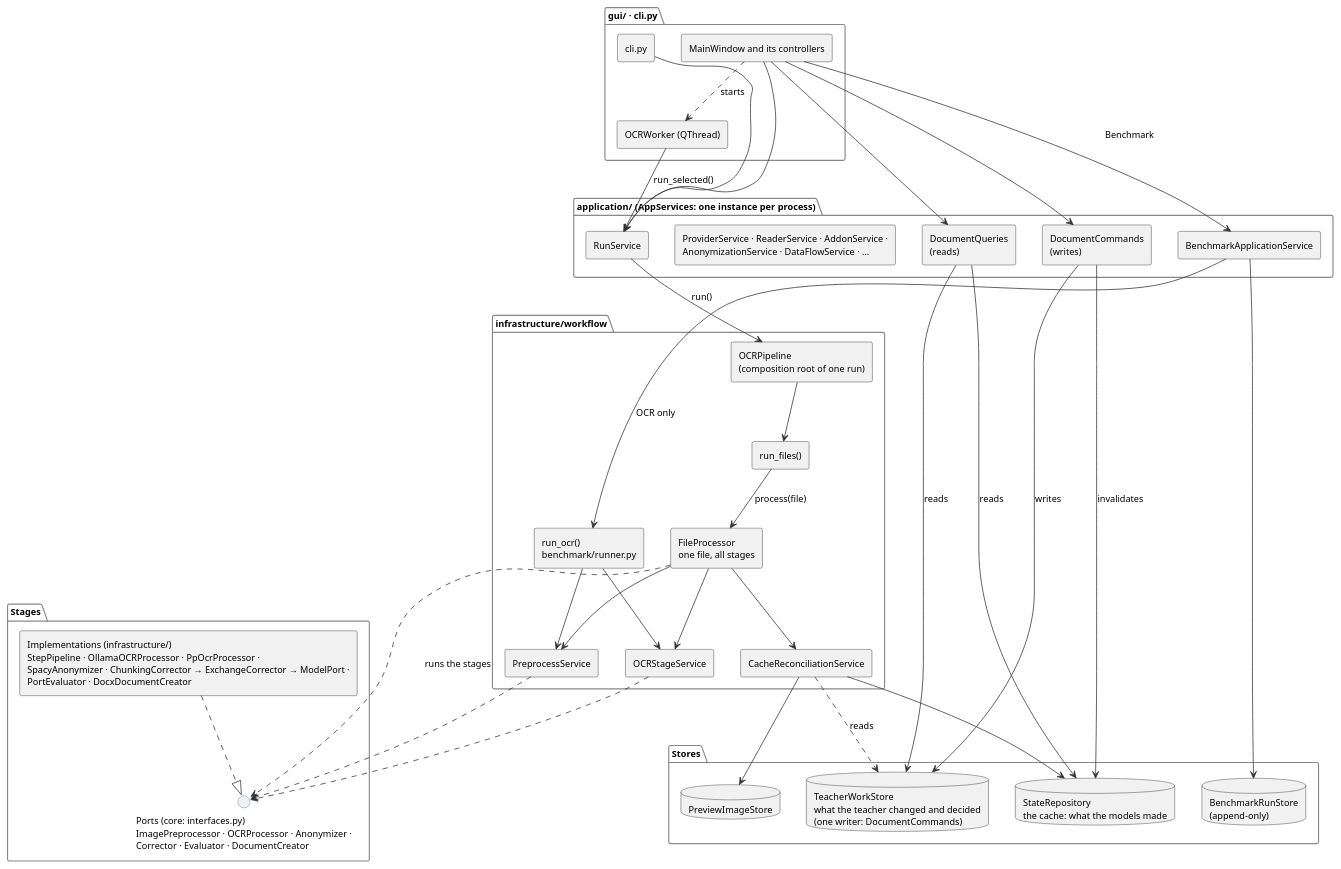
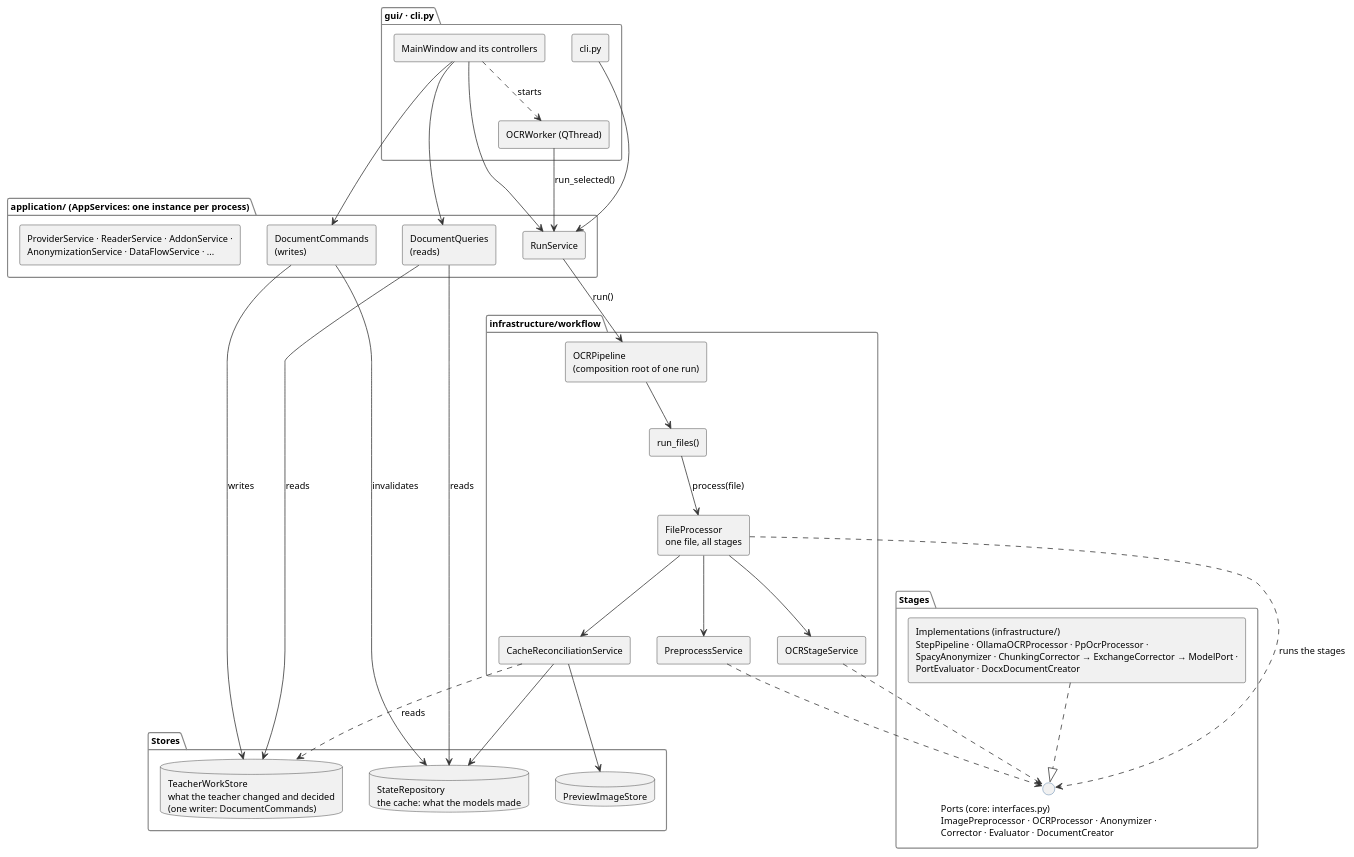
One commit to JoHoenk/teachers-teammate changed the diagram in docs/assets/runtime_components.puml. Above: the diagram before and after it, drawn with PlantUML. The commit also changed 173 other files, not shown here.

First line of the commit message:
[domain, app, infra, gui, texts, tests, docs, tool, packaging] Compare proofreading models on one text instead of the OCR Benchmark (#203)

```diff
--- a/docs/assets/runtime_components.puml
+++ b/docs/assets/runtime_components.puml
@@ -1,82 +1,71 @@
 @startuml Teacher's Teammate — What a run is made of
 top to bottom direction
 
 skinparam defaultFontSize 12
 skinparam shadowing false
 skinparam componentStyle rectangle
 skinparam packageBorderColor #888888
 skinparam arrowColor #333333
 skinparam interfaceBorderColor #336699
 
 package "gui/ · cli.py" {
   [MainWindow and its controllers] as GUI
   [OCRWorker (QThread)] as WORKER
   [cli.py] as CLI
 }
 
 package "application/  (AppServices: one instance per process)" {
   [RunService] as RUN
   [DocumentQueries\n(reads)] as QUERY
   [DocumentCommands\n(writes)] as CMD
   [ProviderService · ReaderService · AddonService ·\nAnonymizationService · DataFlowService · ...] as OTHER
-  [BenchmarkApplicationService] as BENCH
 }
 
 package "infrastructure/workflow" {
   [OCRPipeline\n(composition root of one run)] as PIPE
   [run_files()] as COORD
   [FileProcessor\none file, all stages] as FP
   [CacheReconciliationService] as CACHE
   [PreprocessService] as PREP
   [OCRStageService] as OCRSVC
-  [run_ocr()\nbenchmark/runner.py] as BRUN
 }
 
 package "Stages" {
   interface "Ports (core: interfaces.py)\nImagePreprocessor · OCRProcessor · Anonymizer ·\nCorrector · Evaluator · DocumentCreator" as PORTS
   [Implementations (infrastructure/)\nStepPipeline · OllamaOCRProcessor · PpOcrProcessor ·\nSpacyAnonymizer · ChunkingCorrector → ExchangeCorrector → ModelPort ·\nPortEvaluator · DocxDocumentCreator] as IMPL
 }
 
 package "Stores" {
   database "StateRepository\nthe cache: what the models made" as STATE
   database "TeacherWorkStore\nwhat the teacher changed and decided\n(one writer: DocumentCommands)" as WORK
   database "PreviewImageStore" as IMG
-  database "BenchmarkRunStore\n(append-only)" as BSTORE
 }
 
 GUI --> RUN
 GUI --> QUERY
 GUI --> CMD
-GUI --> BENCH : Benchmark
 WORKER --> RUN : run_selected()
 CLI --> RUN
 GUI ..> WORKER : starts
 
 RUN --> PIPE : run()
 PIPE --> COORD
 COORD --> FP : process(file)
 FP --> CACHE
 FP --> PREP
 FP --> OCRSVC
 CACHE --> STATE
 CACHE --> IMG
 CACHE ..> WORK : reads
 
 FP ..> PORTS : runs the stages
 PREP ..> PORTS
 OCRSVC ..> PORTS
 IMPL ..|> PORTS
 
 QUERY --> STATE : reads
 QUERY --> WORK : reads
 CMD --> WORK : writes
 CMD --> STATE : invalidates
 
-
-
-BENCH --> BSTORE
-BENCH --> BRUN : OCR only
-BRUN --> PREP
-BRUN --> OCRSVC
-
 @enduml
```
